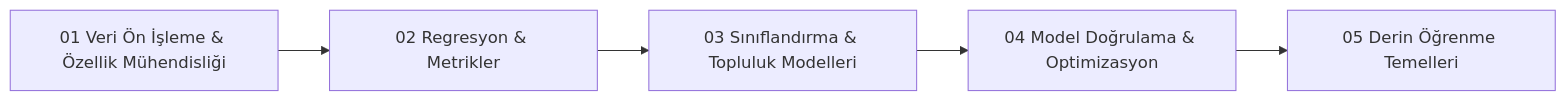
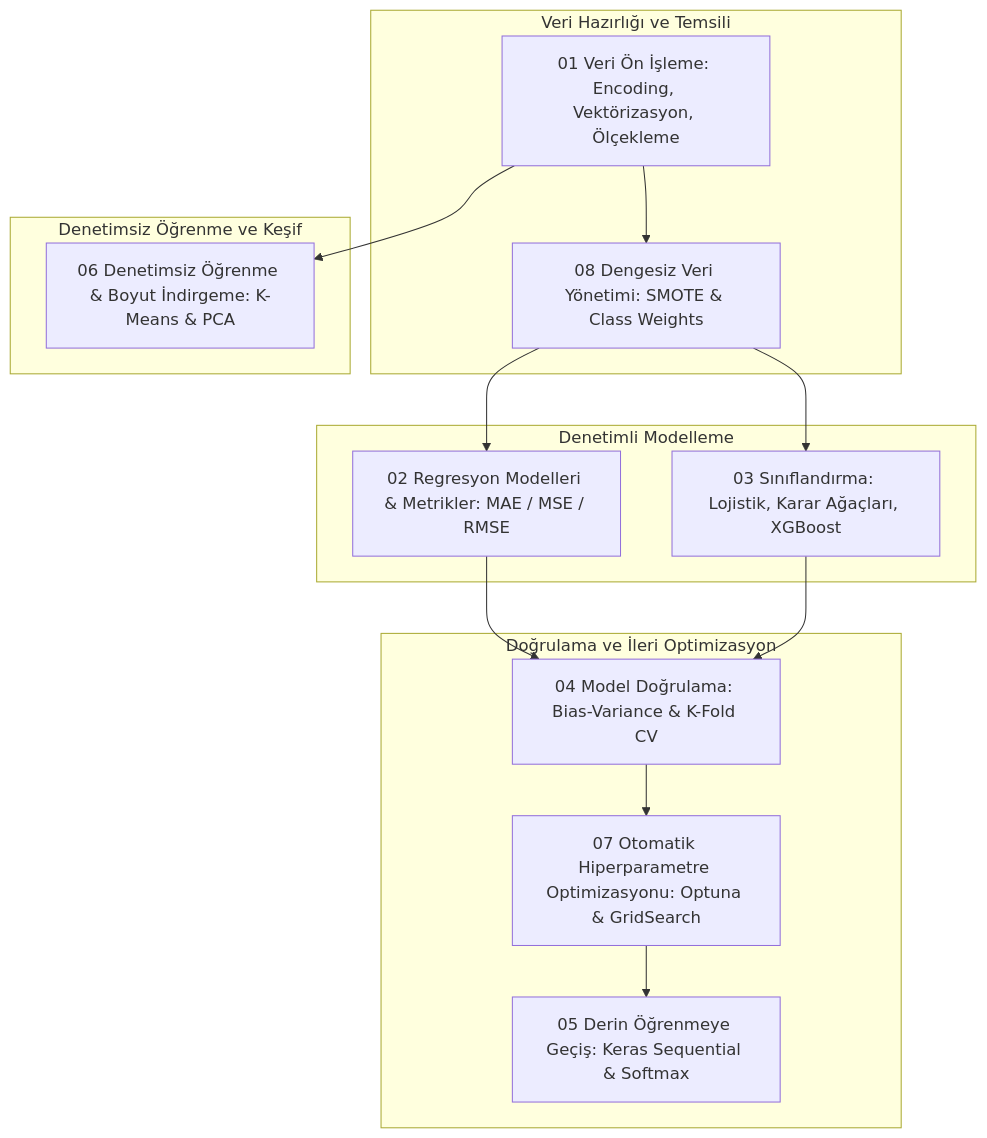
Before and after one commit to SuleymanToklu/ml-foundations-journey: the diagram in README.md, drawn with Mermaid. The commit also changed other lines of this file, not shown here.

Commit message:
docs: update master pipeline mermaid diagram with all 8 chapters

````diff
--- a/README.md
+++ b/README.md
@@ -15,7 +15,19 @@
 ```mermaid
-graph LR
-    A[01 Veri Ön İşleme & Özellik Mühendisliği] --> B[02 Regresyon & Metrikler]
-    B --> C[03 Sınıflandırma & Topluluk Modelleri]
-    C --> D[04 Model Doğrulama & Optimizasyon]
-    D --> E[05 Derin Öğrenme Temelleri]
+graph TD
+    subgraph Veri Hazırlığı ve Temsili
+        A[01 Veri Ön İşleme: Encoding, Vektörizasyon, Ölçekleme] --> B[08 Dengesiz Veri Yönetimi: SMOTE & Class Weights]
+    end
+    subgraph Denetimli Modelleme
+        B --> C[02 Regresyon Modelleri & Metrikler: MAE / MSE / RMSE]
+        B --> D[03 Sınıflandırma: Lojistik, Karar Ağaçları, XGBoost]
+    end
+    subgraph Denetimsiz Öğrenme ve Keşif
+        A --> E[06 Denetimsiz Öğrenme & Boyut İndirgeme: K-Means & PCA]
+    end
+    subgraph Doğrulama ve İleri Optimizasyon
+        C --> F[04 Model Doğrulama: Bias-Variance & K-Fold CV]
+        D --> F
+        F --> G[07 Otomatik Hiperparametre Optimizasyonu: Optuna & GridSearch]
+        G --> H[05 Derin Öğrenmeye Geçiş: Keras Sequential & Softmax]
+    end
 ```
````
